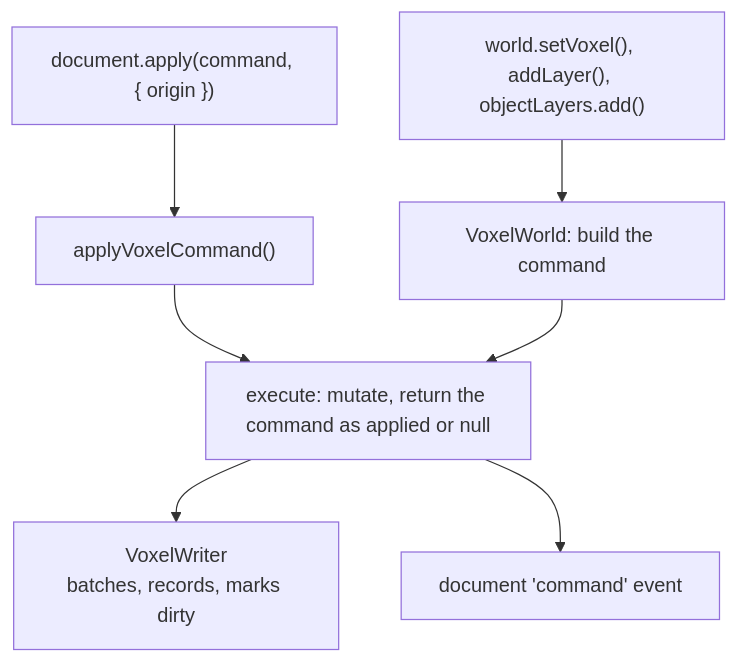
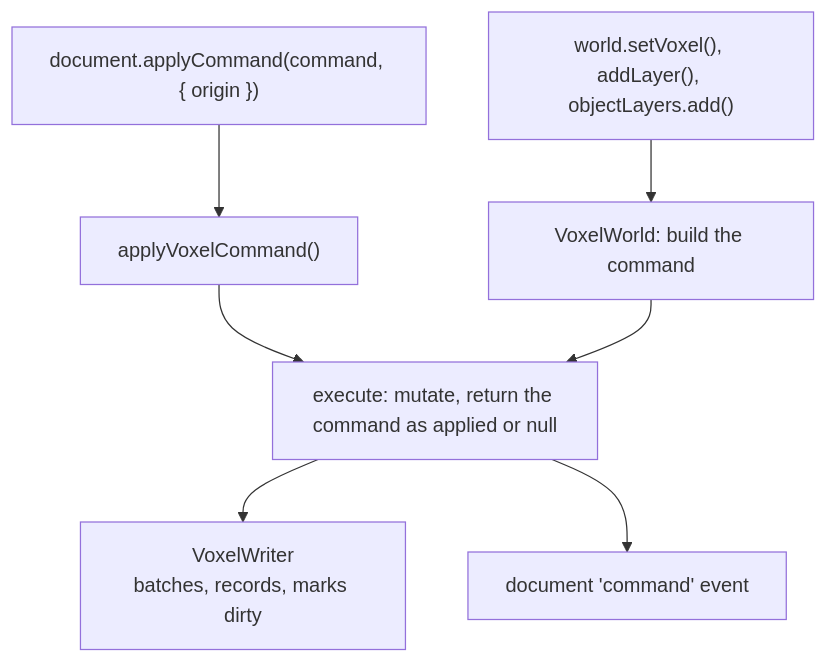
The second of 4 diagrams in packages/voxel-renderer/ARCHITECTURE.md (JollyPixel/editor), drawn with Mermaid before and after one commit. The commit also changed other lines of this file and 266 other files, not shown here.

````diff
--- a/packages/voxel-renderer/ARCHITECTURE.md
+++ b/packages/voxel-renderer/ARCHITECTURE.md
@@ -42,9 +42,9 @@
 ```mermaid
 flowchart TB
     Edit["world.setVoxel(), addLayer(), objectLayers.add()"] --> Dispatch["VoxelWorld: build the command"]
-    Remote["document.apply(command, { origin })"] --> Apply["applyVoxelCommand()"]
+    Remote["document.applyCommand(command, { origin })"] --> Apply["applyVoxelCommand()"]
     Apply --> Execute
     Dispatch --> Execute["execute: mutate, return the command as applied or null"]
     Execute --> Writer["VoxelWriter<br/>batches, records, marks dirty"]
     Execute --> Event["document 'command' event"]
 ```
````
